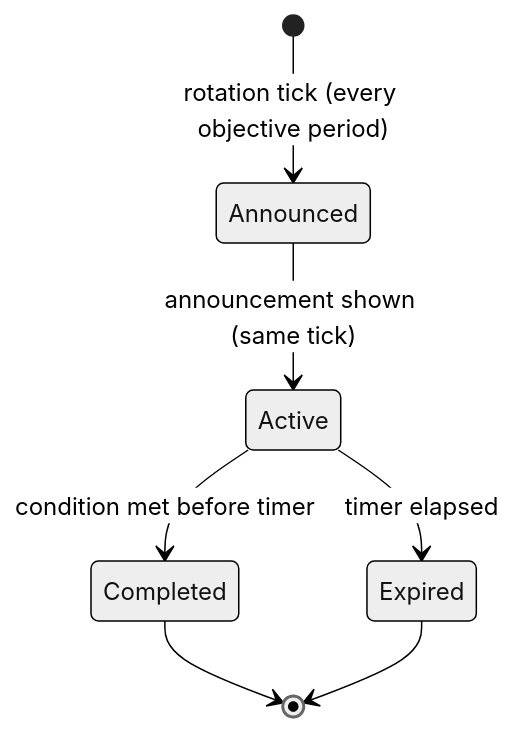
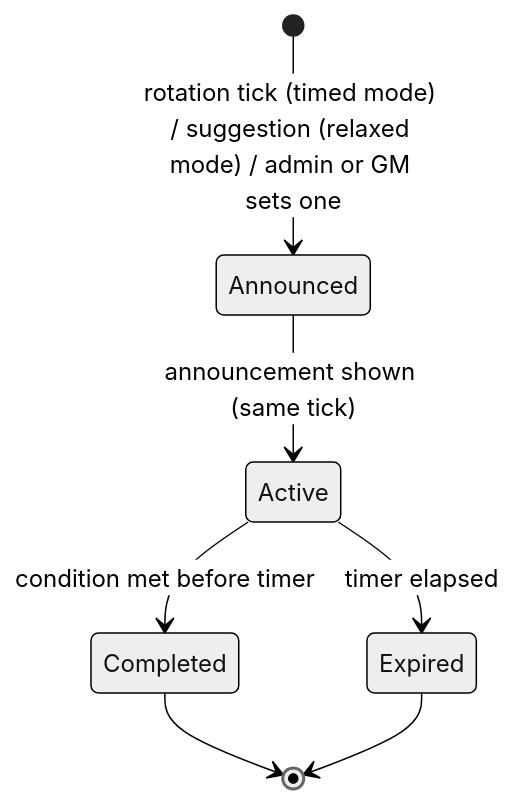
Before and after one commit to canthony224/operation-nexus: the fifth of 20 diagrams in docs/specs/STATE-MACHINES-AND-FLOWS.md, drawn with Mermaid (neutral theme). The commit also changed other lines of this file and 28 other files, not shown here.

````diff
--- a/docs/specs/STATE-MACHINES-AND-FLOWS.md
+++ b/docs/specs/STATE-MACHINES-AND-FLOWS.md
@@ -192,9 +211,9 @@
 ```mermaid
 stateDiagram-v2
-    [*] --> Announced: rotation tick (every objective period)
+    [*] --> Announced: rotation tick (timed mode) / suggestion (relaxed mode) / admin or GM sets one
     Announced --> Active: announcement shown (same tick)
     Active --> Completed: condition met before timer
     Active --> Expired: timer elapsed
     Completed --> [*]
     Expired --> [*]
 ```
````
